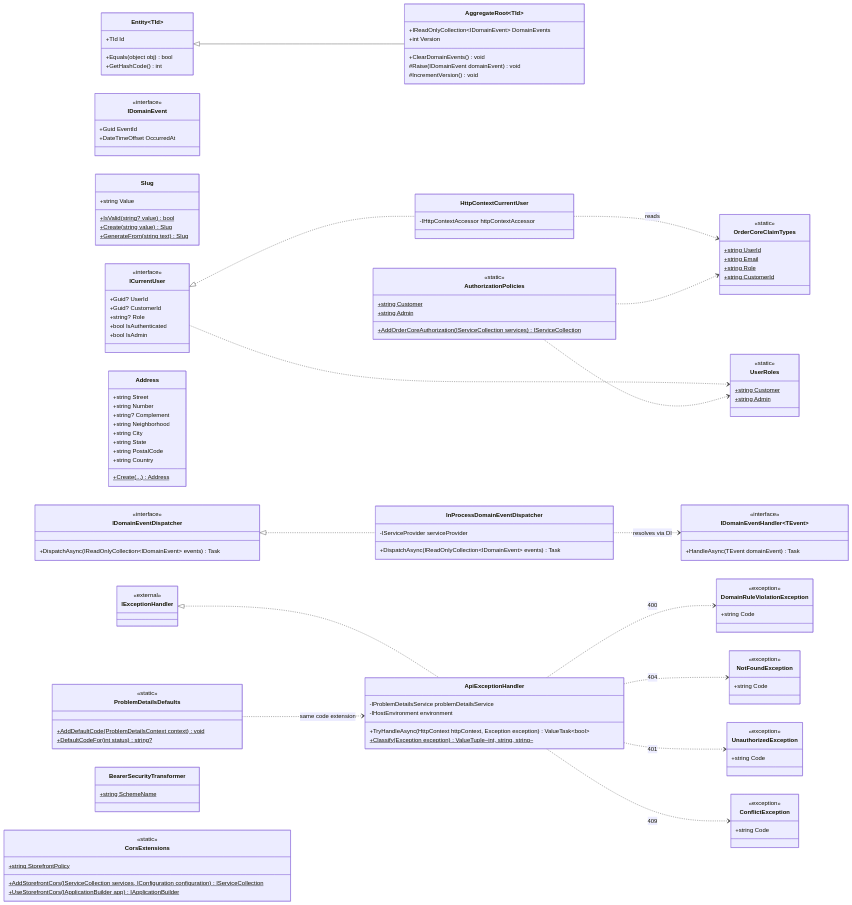
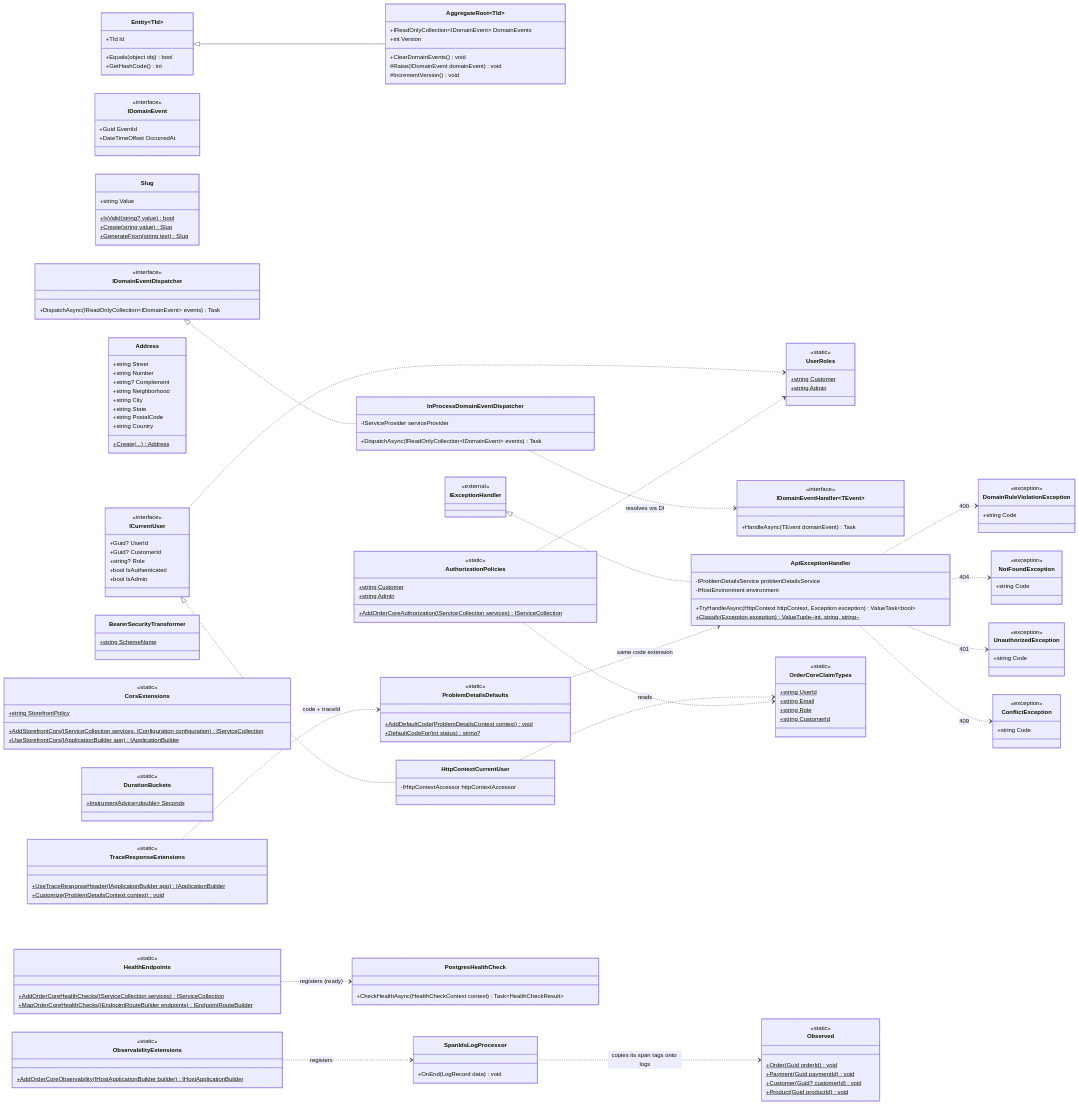
The diagram in Docs/diagrams/implementation-class/01-shared-kernel.md (Leo-Slv/OrderCore), drawn with Mermaid before and after one commit. The commit also changed other lines of this file and 6 other files, not shown here.

First line of the commit message:
docs(diagrams): observability in the shared kernel and the modules

````diff
--- a/Docs/diagrams/implementation-class/01-shared-kernel.md
+++ b/Docs/diagrams/implementation-class/01-shared-kernel.md
@@ -182,4 +185,50 @@
     AuthorizationPolicies ..> UserRoles
     AuthorizationPolicies ..> OrderCoreClaimTypes
 
+    %% OrderCore.Api.Shared.Application.Observability
+    class Observed {
+        <<static>>
+        +Order(Guid orderId)$ void
+        +Payment(Guid paymentId)$ void
+        +Customer(Guid? customerId)$ void
+        +Product(Guid productId)$ void
+    }
+
+    class DurationBuckets {
+        <<static>>
+        +InstrumentAdvice~double~ Seconds$
+    }
+
+    %% OrderCore.Api.Shared.Infrastructure.Observability
+    class ObservabilityExtensions {
+        <<static>>
+        +AddOrderCoreObservability(IHostApplicationBuilder builder)$ IHostApplicationBuilder
+    }
+
+    class SpanIdsLogProcessor {
+        +OnEnd(LogRecord data) void
+    }
+
+    class PostgresHealthCheck {
+        +CheckHealthAsync(HealthCheckContext context) Task~HealthCheckResult~
+    }
+
+    %% OrderCore.Api.Shared.Presentation.Observability
+    class TraceResponseExtensions {
+        <<static>>
+        +UseTraceResponseHeader(IApplicationBuilder app)$ IApplicationBuilder
+        +Customize(ProblemDetailsContext context)$ void
+    }
+
+    class HealthEndpoints {
+        <<static>>
+        +AddOrderCoreHealthChecks(IServiceCollection services)$ IServiceCollection
+        +MapOrderCoreHealthChecks(IEndpointRouteBuilder endpoints)$ IEndpointRouteBuilder
+    }
+
+    ObservabilityExtensions ..> SpanIdsLogProcessor : registers
+    SpanIdsLogProcessor ..> Observed : copies its span tags onto logs
+    TraceResponseExtensions ..> ProblemDetailsDefaults : code + traceId
+    HealthEndpoints ..> PostgresHealthCheck : registers (ready)
+
 ```
````
